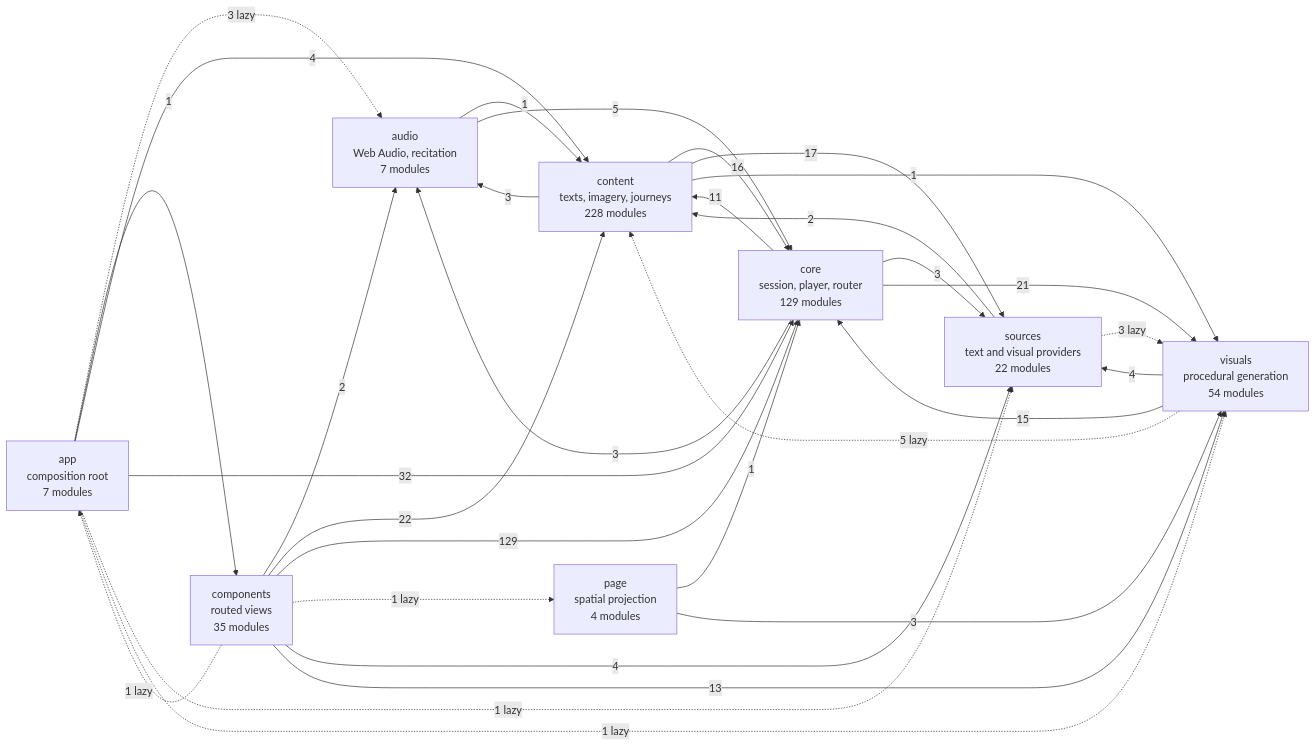
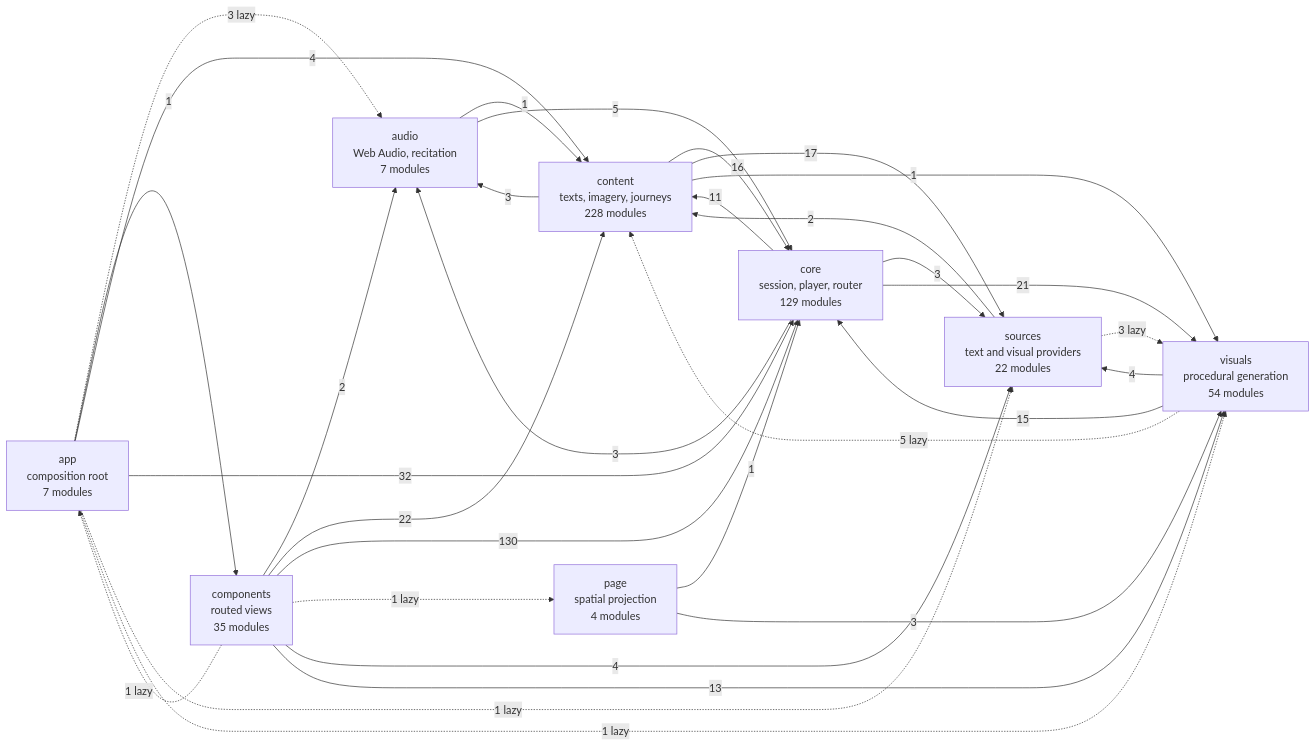
The diagram in docs/specs/ARCHITECTURE.md (SyberLabs/RISE), drawn with Mermaid before and after one commit. The commit also changed 24 other files, not shown here.

````diff
--- a/docs/specs/ARCHITECTURE.md
+++ b/docs/specs/ARCHITECTURE.md
@@ -160,42 +160,42 @@
 ```mermaid
 flowchart LR
     app["app<br/>composition root<br/>7 modules"]
     audio["audio<br/>Web Audio, recitation<br/>7 modules"]
     components["components<br/>routed views<br/>35 modules"]
     content["content<br/>texts, imagery, journeys<br/>228 modules"]
     core["core<br/>session, player, router<br/>129 modules"]
     page["page<br/>spatial projection<br/>4 modules"]
     sources["sources<br/>text and visual providers<br/>22 modules"]
     visuals["visuals<br/>procedural generation<br/>54 modules"]
 
     app -.-> |3 lazy| audio
     app --> |1| components
     app --> |4| content
     app --> |32| core
     app -.-> |1 lazy| sources
     app -.-> |1 lazy| visuals
     audio --> |1| content
     audio --> |5| core
     components -.-> |1 lazy| app
     components --> |2| audio
     components --> |22| content
-    components --> |129| core
+    components --> |130| core
     components -.-> |1 lazy| page
     components --> |4| sources
     components --> |13| visuals
     content --> |3| audio
     content --> |16| core
     content --> |17| sources
     content --> |1| visuals
     core --> |3| audio
     core --> |11| content
     core --> |3| sources
     core --> |21| visuals
     page --> |1| core
     page --> |3| visuals
     sources --> |2| content
     sources -.-> |3 lazy| visuals
     visuals -.-> |5 lazy| content
     visuals --> |15| core
     visuals --> |4| sources
 ```
````
